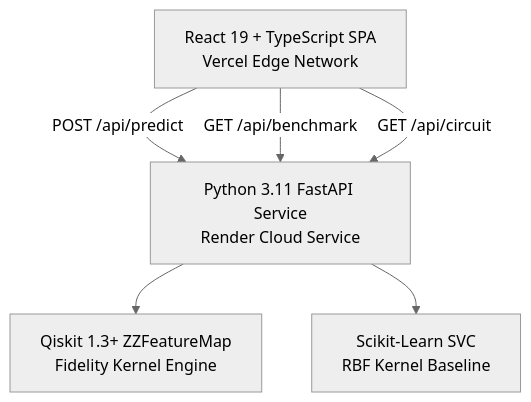
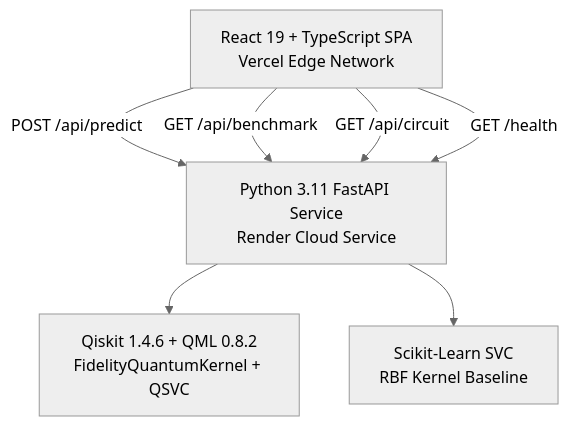
Before and after one commit to Dhyanpol55/Q-Silience: the diagram in README.md, drawn with Mermaid (neutral theme). The commit also changed other lines of this file and 1 other file, not shown here.

````diff
--- a/README.md
+++ b/README.md
@@ -130,13 +150,14 @@
 ```mermaid
 flowchart TD
     Client[React 19 + TypeScript SPA<br/>Vercel Edge Network]
     API[Python 3.11 FastAPI Service<br/>Render Cloud Service]
-    Qiskit[Qiskit 1.3+ ZZFeatureMap<br/>Fidelity Kernel Engine]
+    Qiskit[Qiskit 1.4.6 + QML 0.8.2<br/>FidelityQuantumKernel + QSVC]
     Classical[Scikit-Learn SVC<br/>RBF Kernel Baseline]
 
     Client -- "POST /api/predict" --> API
     Client -- "GET /api/benchmark" --> API
     Client -- "GET /api/circuit" --> API
+    Client -- "GET /health" --> API
     API --> Qiskit
     API --> Classical
 ```
````
